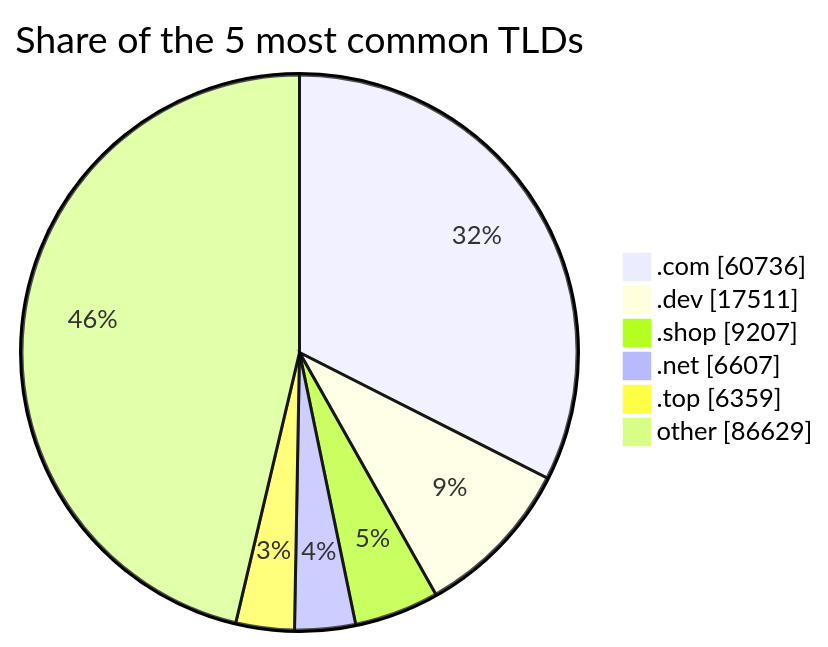
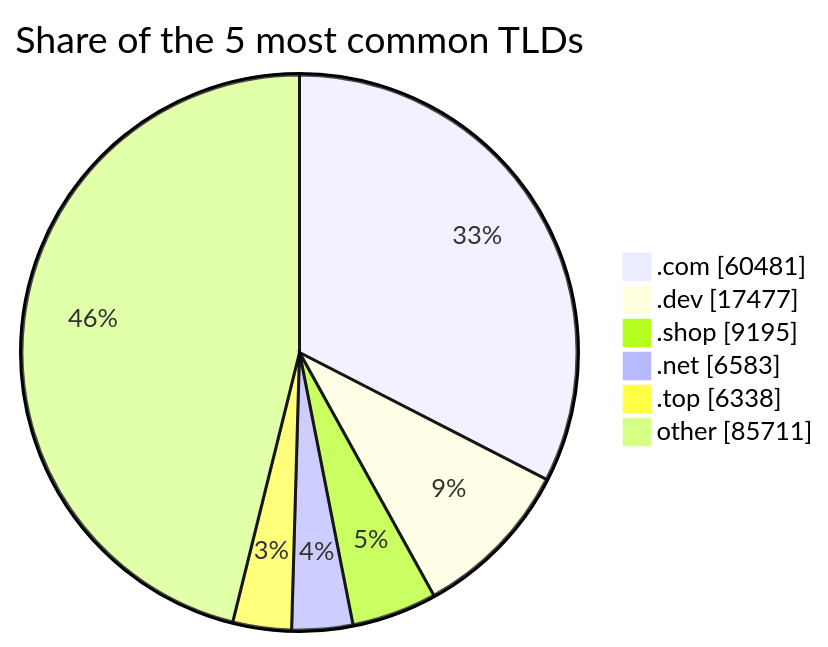
One commit to DNSBunker/CTI changed the third of 3 diagrams in README.md. Above: the diagram before and after it, drawn with Mermaid. The commit also changed other lines of this file and 3 other files, not shown here.

````diff
--- a/README.md
+++ b/README.md
@@ -81,9 +81,9 @@
 ```mermaid
 pie showData title Share of the 5 most common TLDs
-    ".com" : 60736
-    ".dev" : 17511
-    ".shop" : 9207
-    ".net" : 6607
-    ".top" : 6359
-    "other" : 86629
+    ".com" : 60481
+    ".dev" : 17477
+    ".shop" : 9195
+    ".net" : 6583
+    ".top" : 6338
+    "other" : 85711
 ```
````
